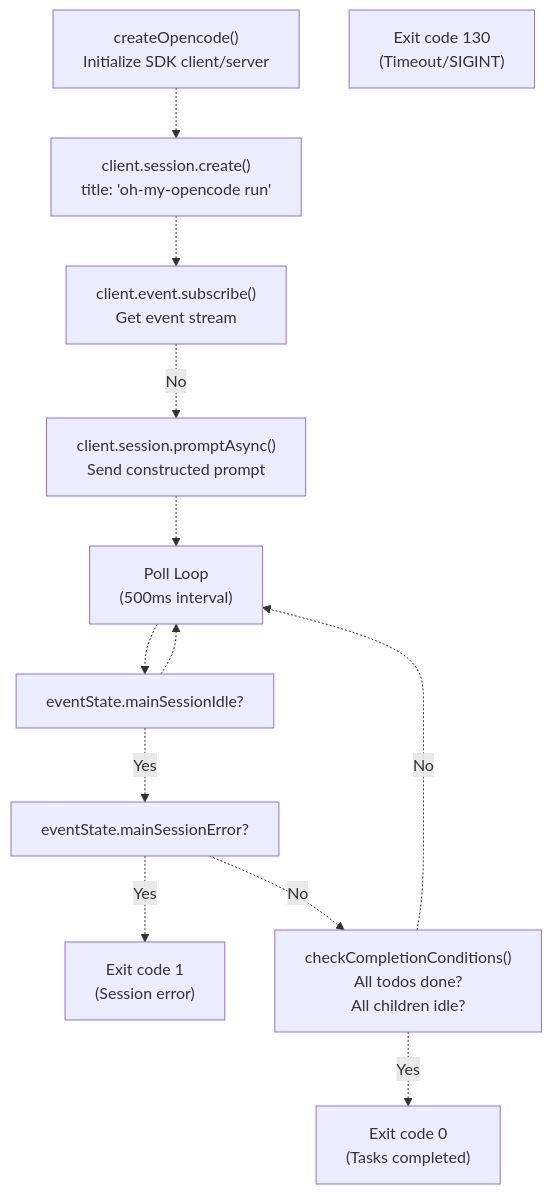
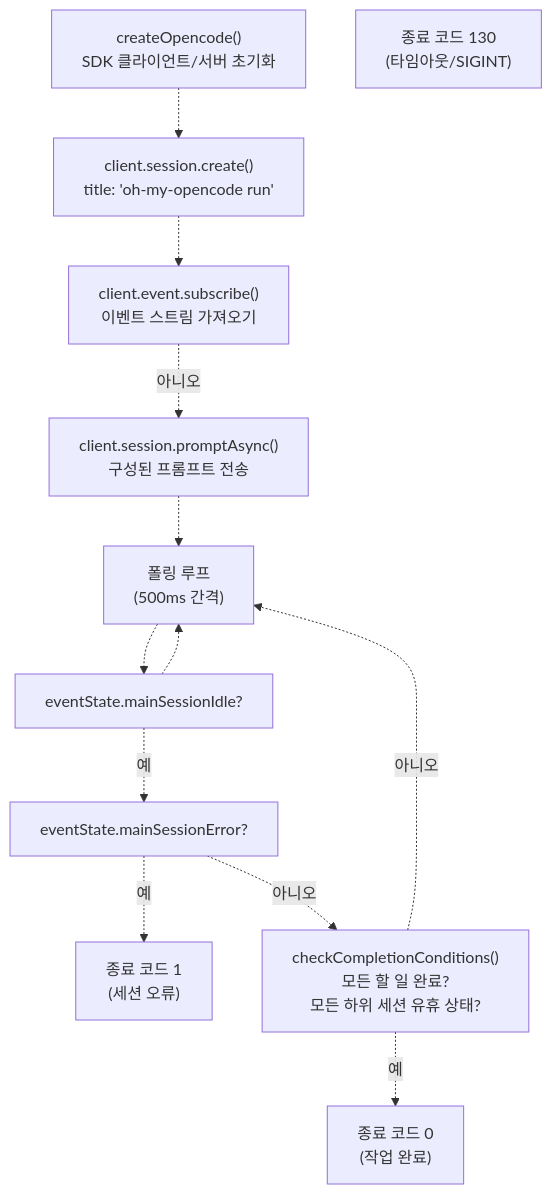
Before and after one commit to felipetruman/oh-my-opencode-docs: the sixth of 9 diagrams in docs/automation/sisyphus-agent-workflow.md, drawn with Mermaid. The commit also changed other lines of this file and 76 other files, not shown here.

````diff
--- a/docs/automation/sisyphus-agent-workflow.md
+++ b/docs/automation/sisyphus-agent-workflow.md
@@ -380,27 +352,27 @@
 ```mermaid
 flowchart TD
 
-CreateOpencode["createOpencode()<br>Initialize SDK client/server"]
+CreateOpencode["createOpencode()<br>SDK 클라이언트/서버 초기화"]
 CreateSession["client.session.create()<br>title: 'oh-my-opencode run'"]
-SubscribeEvents["client.event.subscribe()<br>Get event stream"]
-SendPrompt["client.session.promptAsync()<br>Send constructed prompt"]
-PollLoop["Poll Loop<br>(500ms interval)"]
+SubscribeEvents["client.event.subscribe()<br>이벤트 스트림 가져오기"]
+SendPrompt["client.session.promptAsync()<br>구성된 프롬프트 전송"]
+PollLoop["폴링 루프<br>(500ms 간격)"]
 CheckIdle["eventState.mainSessionIdle?"]
 CheckError["eventState.mainSessionError?"]
-CheckCompletion["checkCompletionConditions()<br>All todos done?<br>All children idle?"]
-ExitError["Exit code 1<br>(Session error)"]
-ExitSuccess["Exit code 0<br>(Tasks completed)"]
-ExitAbort["Exit code 130<br>(Timeout/SIGINT)"]
+CheckCompletion["checkCompletionConditions()<br>모든 할 일 완료?<br>모든 하위 세션 유휴 상태?"]
+ExitError["종료 코드 1<br>(세션 오류)"]
+ExitSuccess["종료 코드 0<br>(작업 완료)"]
+ExitAbort["종료 코드 130<br>(타임아웃/SIGINT)"]
 
 CreateOpencode -.-> CreateSession
 CreateSession -.-> SubscribeEvents
-SubscribeEvents -.->|"No"| SendPrompt
+SubscribeEvents -.->|"아니오"| SendPrompt
 SendPrompt -.-> PollLoop
 PollLoop -.-> CheckIdle
 CheckIdle -.-> PollLoop
-CheckIdle -.->|"Yes"| CheckError
-CheckError -.->|"Yes"| ExitError
-CheckError -.->|"No"| CheckCompletion
-CheckCompletion -.->|"No"| PollLoop
-CheckCompletion -.->|"Yes"| ExitSuccess
+CheckIdle -.->|"예"| CheckError
+CheckError -.->|"예"| ExitError
+CheckError -.->|"아니오"| CheckCompletion
+CheckCompletion -.->|"아니오"| PollLoop
+CheckCompletion -.->|"예"| ExitSuccess
 ```
````
